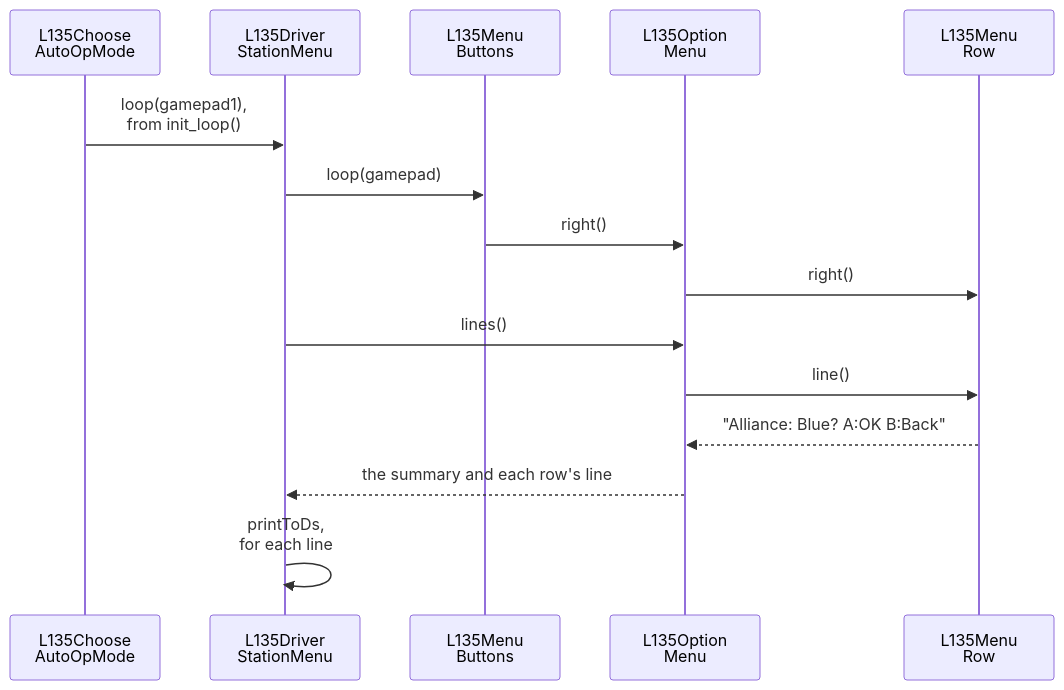
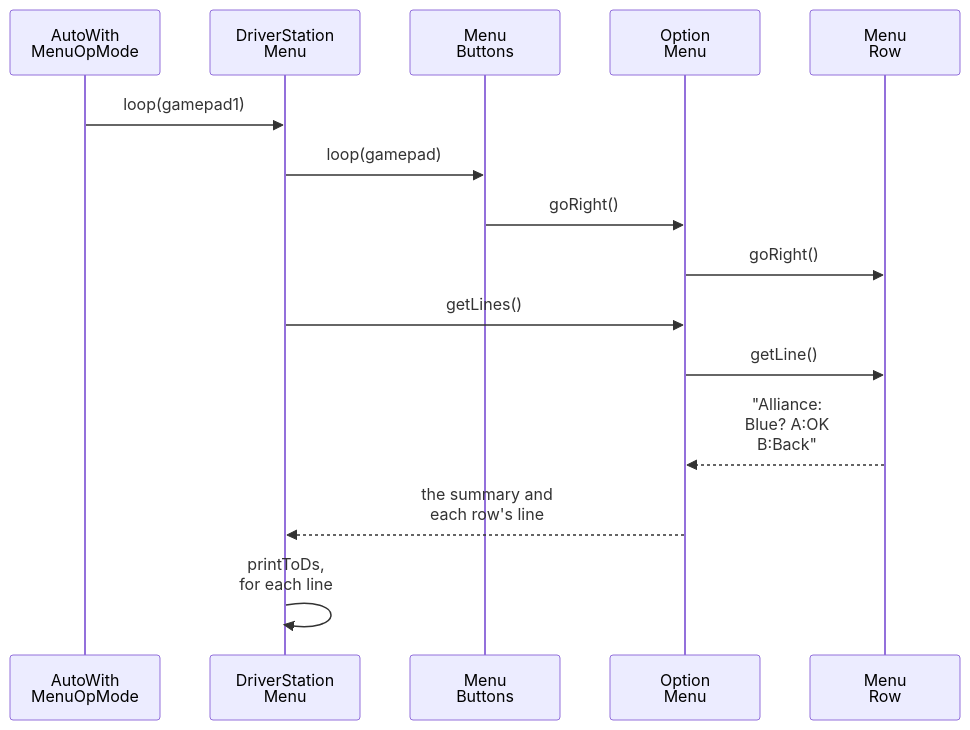
Before and after one commit to msb-stitt/ftc31459-26-27-biobuzz: the diagram in book/tools/mermaid/fig-l135-calls.mmd, drawn with Mermaid. The commit also changed 29 other files, not shown here.

Commit message:
L135 rewritten: the menu press by press, then each class from the bottom, with its diagram and its calls; starters and steps renumbered; WRITING.md on a lesson's own folder, private fields and faint diagrams.

```diff
--- a/book/tools/mermaid/fig-l135-calls.mmd
+++ b/book/tools/mermaid/fig-l135-calls.mmd
@@ -1,15 +1,15 @@
 sequenceDiagram
-    participant OpMode as L135Choose<br/>AutoOpMode
-    participant DS as L135Driver<br/>StationMenu
-    participant Buttons as L135Menu<br/>Buttons
-    participant Menu as L135Option<br/>Menu
-    participant Row as L135Menu<br/>Row
-    OpMode->>DS: loop(gamepad1),<br/>from init_loop()
+    participant OpMode as AutoWith<br/>MenuOpMode
+    participant DS as DriverStation<br/>Menu
+    participant Buttons as Menu<br/>Buttons
+    participant Menu as Option<br/>Menu
+    participant Row as Menu<br/>Row
+    OpMode->>DS: loop(gamepad1)
     DS->>Buttons: loop(gamepad)
-    Buttons->>Menu: right()
-    Menu->>Row: right()
-    DS->>Menu: lines()
-    Menu->>Row: line()
-    Row-->>Menu: "Alliance: Blue? A:OK B:Back"
-    Menu-->>DS: the summary and each row's line
+    Buttons->>Menu: goRight()
+    Menu->>Row: goRight()
+    DS->>Menu: getLines()
+    Menu->>Row: getLine()
+    Row-->>Menu: "Alliance:<br/>Blue? A:OK<br/>B:Back"
+    Menu-->>DS: the summary and<br/>each row's line
     DS->>DS: printToDs,<br/>for each line
```
